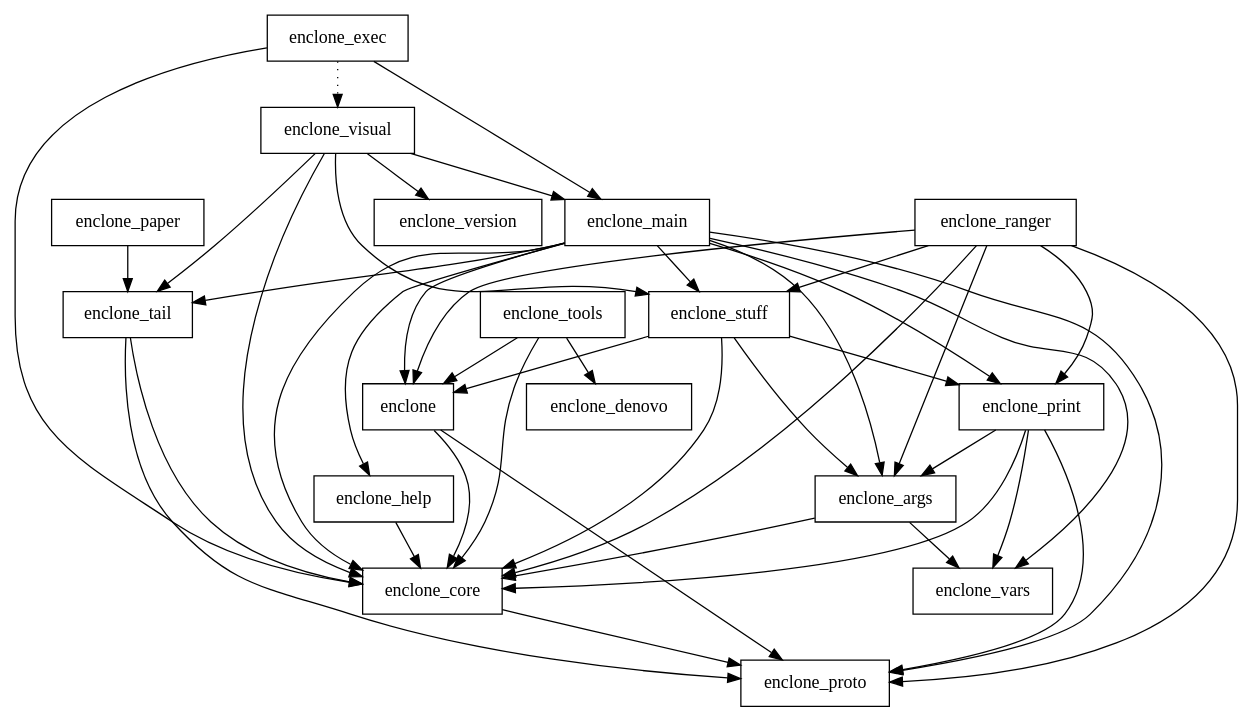
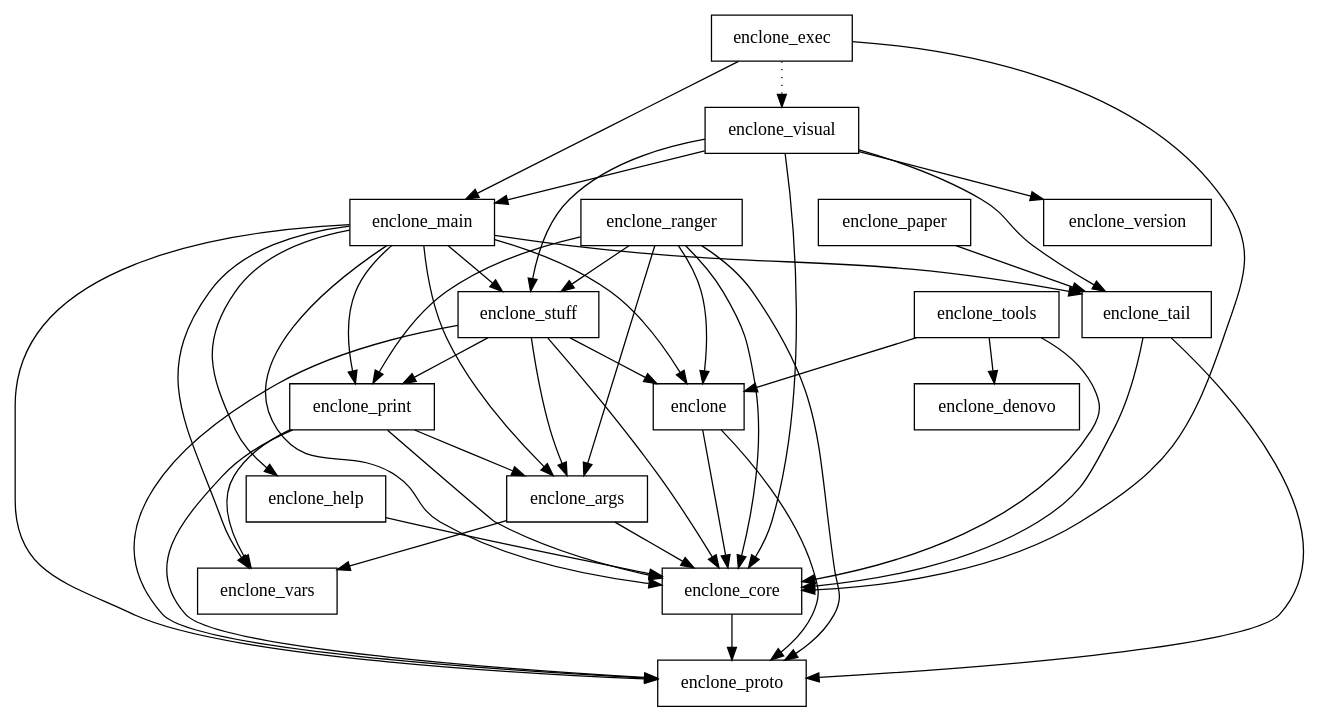
One commit to 10XGenomics/enclone changed the diagram in crates.dot. Above: the diagram before and after it, drawn with Graphviz. The commit also changed 1 other file, not shown here.

```diff
--- a/crates.dot
+++ b/crates.dot
@@ -1,62 +1,63 @@
 digraph {
     0 [ label = "enclone" shape = box]
     1 [ label = "enclone_core" shape = box]
     2 [ label = "enclone_proto" shape = box]
     3 [ label = "enclone_args" shape = box]
     4 [ label = "enclone_vars" shape = box]
     5 [ label = "enclone_denovo" shape = box]
     6 [ label = "enclone_exec" shape = box]
     7 [ label = "enclone_main" shape = box]
     8 [ label = "enclone_help" shape = box]
     9 [ label = "enclone_print" shape = box]
     10 [ label = "enclone_stuff" shape = box]
     11 [ label = "enclone_tail" shape = box]
     12 [ label = "enclone_visual" shape = box]
     13 [ label = "enclone_version" shape = box]
     14 [ label = "enclone_ranger" shape = box]
     15 [ label = "enclone_tools" shape = box]
     16 [ label = "enclone_paper" shape = box]
     0 -> 1 [ ]
     0 -> 2 [ ]
     1 -> 2 [ ]
     3 -> 1 [ ]
     3 -> 4 [ ]
     6 -> 1 [ ]
     6 -> 7 [ ]
     6 -> 12 [ style = dotted]
     7 -> 0 [ ]
     7 -> 3 [ ]
     7 -> 1 [ ]
     7 -> 8 [ ]
     7 -> 9 [ ]
     7 -> 2 [ ]
     7 -> 10 [ ]
     7 -> 11 [ ]
     7 -> 4 [ ]
     8 -> 1 [ ]
     9 -> 3 [ ]
     9 -> 1 [ ]
     9 -> 2 [ ]
     9 -> 4 [ ]
     10 -> 0 [ ]
     10 -> 3 [ ]
     10 -> 1 [ ]
     10 -> 9 [ ]
+    10 -> 2 [ ]
     11 -> 1 [ ]
     11 -> 2 [ ]
     12 -> 1 [ ]
     12 -> 7 [ ]
     12 -> 10 [ ]
     12 -> 11 [ ]
     12 -> 13 [ ]
     14 -> 0 [ ]
     14 -> 3 [ ]
     14 -> 1 [ ]
     14 -> 9 [ ]
     14 -> 2 [ ]
     14 -> 10 [ ]
     15 -> 0 [ ]
     15 -> 1 [ ]
     15 -> 5 [ ]
     16 -> 11 [ ]
 }
```
